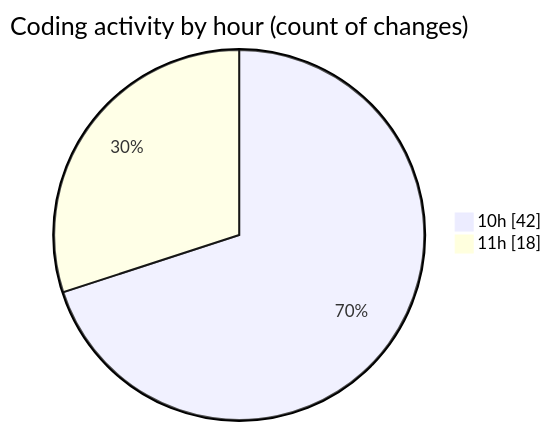
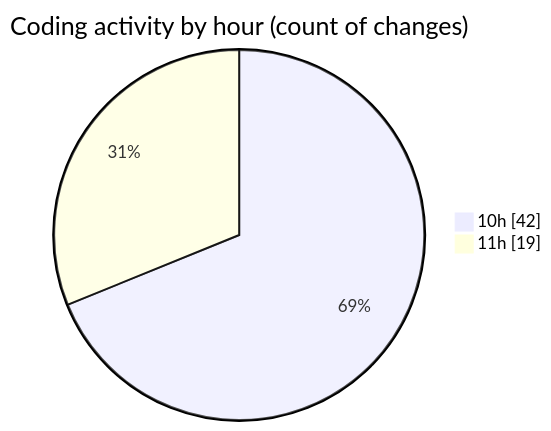
The second of 2 diagrams in 2025-07-04/urlwebwala_intership_work/README.md (Ritupan-Deka/code-tracking), drawn with Mermaid before and after one commit. The commit also changed other lines of this file and 1 other file, not shown here.

````diff
--- a/2025-07-04/urlwebwala_intership_work/README.md
+++ b/2025-07-04/urlwebwala_intership_work/README.md
@@ -30,6 +30,6 @@
 ```mermaid
 pie showData
 title Coding activity by hour (count of changes)
 "10h" : 42
-"11h" : 18
+"11h" : 19
 ```
````
